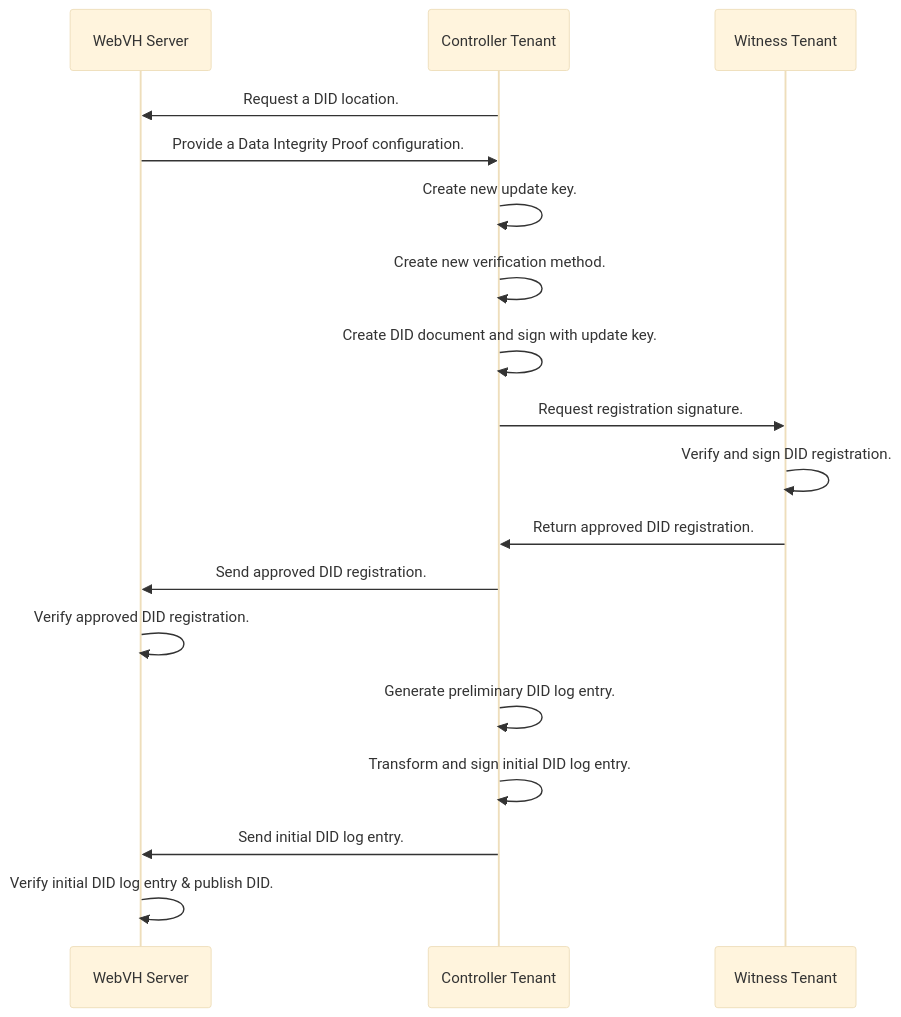
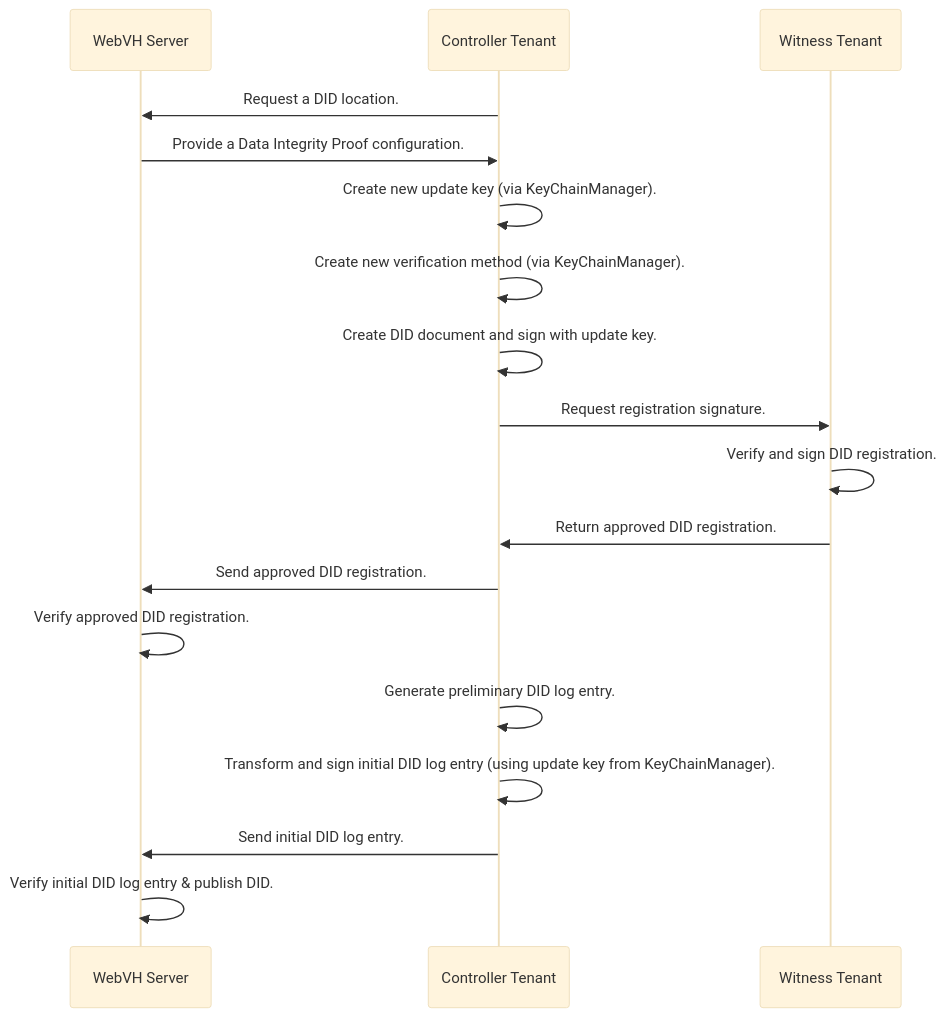
The second of 2 diagrams in webvh/README.md (openwallet-foundation/acapy-plugins), drawn with Mermaid (base theme) before and after one commit. The commit also changed other lines of this file and 18 other files, not shown here.

````diff
--- a/webvh/README.md
+++ b/webvh/README.md
@@ -34,20 +106,20 @@
 ```mermaid
 sequenceDiagram
     participant WebVH Server
     participant Controller Tenant
     participant Witness Tenant
     Controller Tenant->>WebVH Server: Request a DID location.
     WebVH Server->>Controller Tenant: Provide a Data Integrity Proof configuration.
-    Controller Tenant->>Controller Tenant: Create new update key.
-    Controller Tenant->>Controller Tenant: Create new verification method.
+    Controller Tenant->>Controller Tenant: Create new update key (via KeyChainManager).
+    Controller Tenant->>Controller Tenant: Create new verification method (via KeyChainManager).
     Controller Tenant->>Controller Tenant: Create DID document and sign with update key.
     Controller Tenant->>Witness Tenant: Request registration signature.
     Witness Tenant->>Witness Tenant: Verify and sign DID registration.
     Witness Tenant->>Controller Tenant: Return approved DID registration.
     Controller Tenant->>WebVH Server: Send approved DID registration.
     WebVH Server->>WebVH Server: Verify approved DID registration.
     Controller Tenant->>Controller Tenant: Generate preliminary DID log entry.
-    Controller Tenant->>Controller Tenant: Transform and sign initial DID log entry.
+    Controller Tenant->>Controller Tenant: Transform and sign initial DID log entry (using update key from KeyChainManager).
     Controller Tenant->>WebVH Server: Send initial DID log entry.
     WebVH Server->>WebVH Server: Verify initial DID log entry & publish DID.
 ```
````
